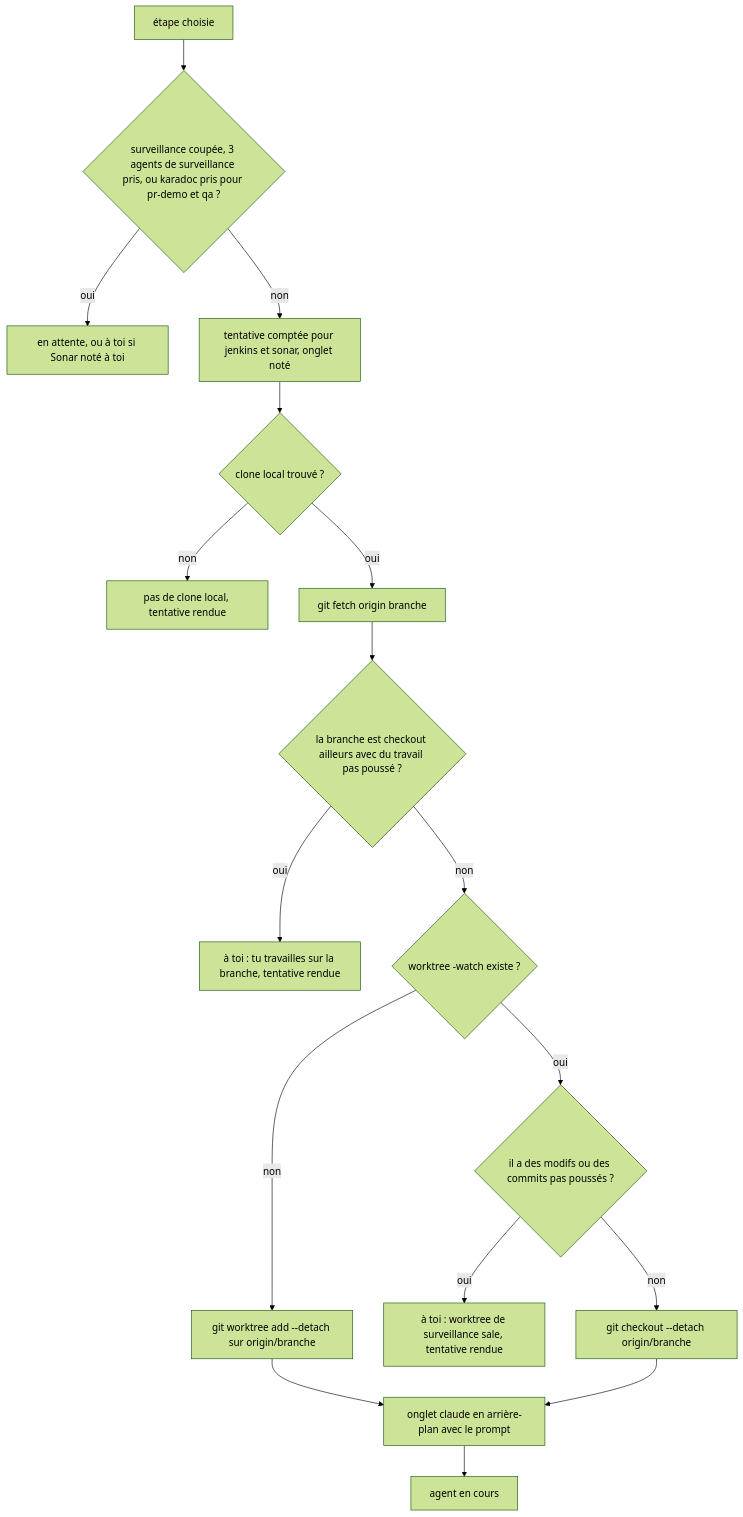
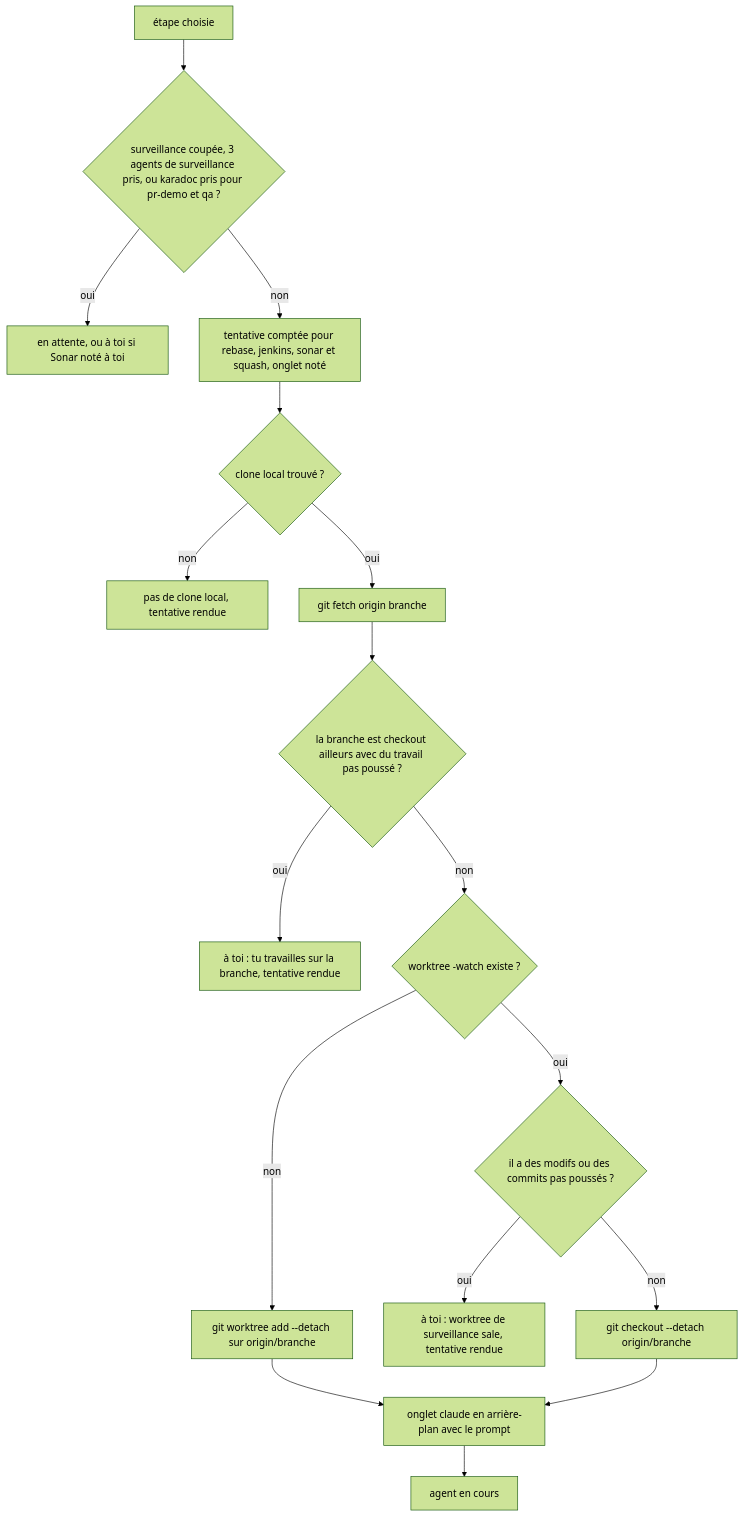
The second of 2 diagrams in .config/herdr-app/mods/status-jc/README.md (jcgay/dotfiles), drawn with Mermaid (forest theme) before and after one commit. The commit also changed other lines of this file and 4 other files, not shown here.

````diff
--- a/.config/herdr-app/mods/status-jc/README.md
+++ b/.config/herdr-app/mods/status-jc/README.md
@@ -95,19 +95,19 @@
 ```mermaid
 flowchart TD
   S["étape choisie"] --> G{"surveillance coupée, 3 agents de surveillance pris, ou karadoc pris pour pr-demo et qa ?"}
   G -->|oui| W["en attente, ou à toi si Sonar noté à toi"]
-  G -->|non| P["tentative comptée pour jenkins et sonar, onglet noté"]
+  G -->|non| P["tentative comptée pour rebase, jenkins, sonar et squash, onglet noté"]
   P --> C{"clone local trouvé ?"}
   C -->|non| Lnc["pas de clone local, tentative rendue"]
   C -->|oui| F["git fetch origin branche"]
   F --> B{"la branche est checkout ailleurs avec du travail pas poussé ?"}
   B -->|oui| Ly["à toi : tu travailles sur la branche, tentative rendue"]
   B -->|non| X{"worktree -watch existe ?"}
   X -->|non| Add["git worktree add --detach sur origin/branche"]
   X -->|oui| D{"il a des modifs ou des commits pas poussés ?"}
   D -->|oui| Ly2["à toi : worktree de surveillance sale, tentative rendue"]
   D -->|non| Co["git checkout --detach origin/branche"]
   Add --> T["onglet claude en arrière-plan avec le prompt"]
   Co --> T
   T --> Lr["agent en cours"]
 ```
````
